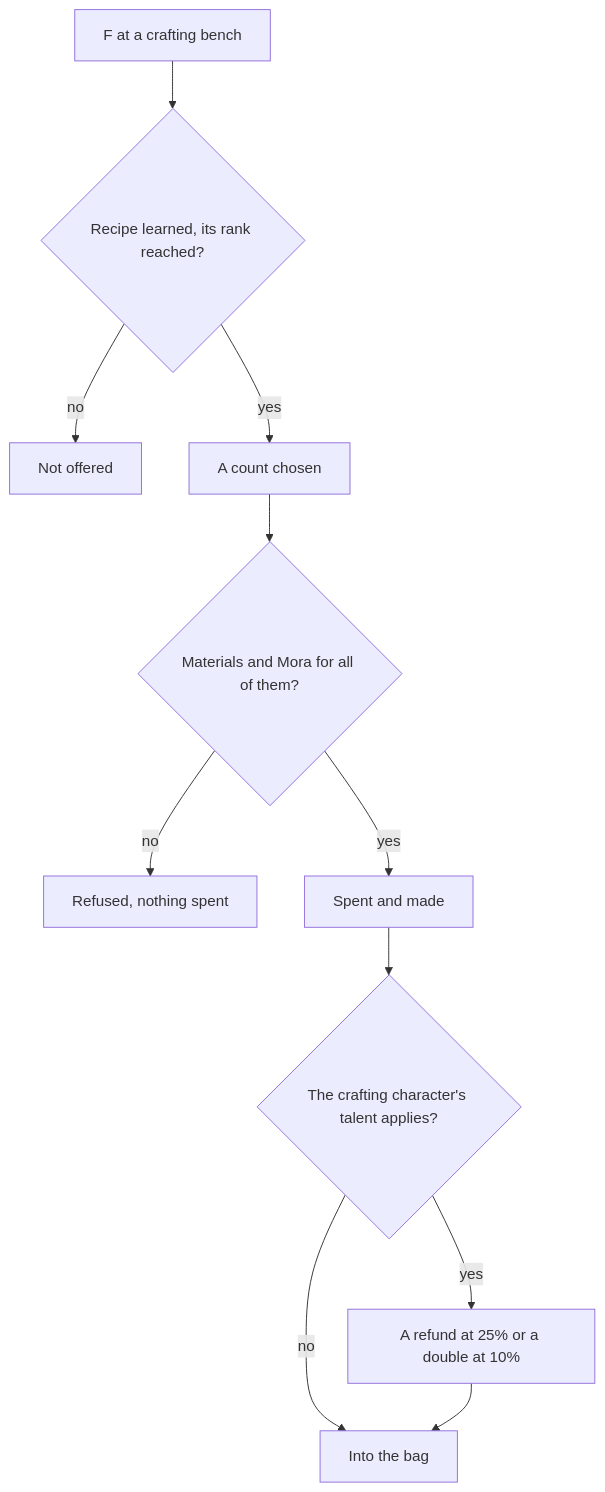
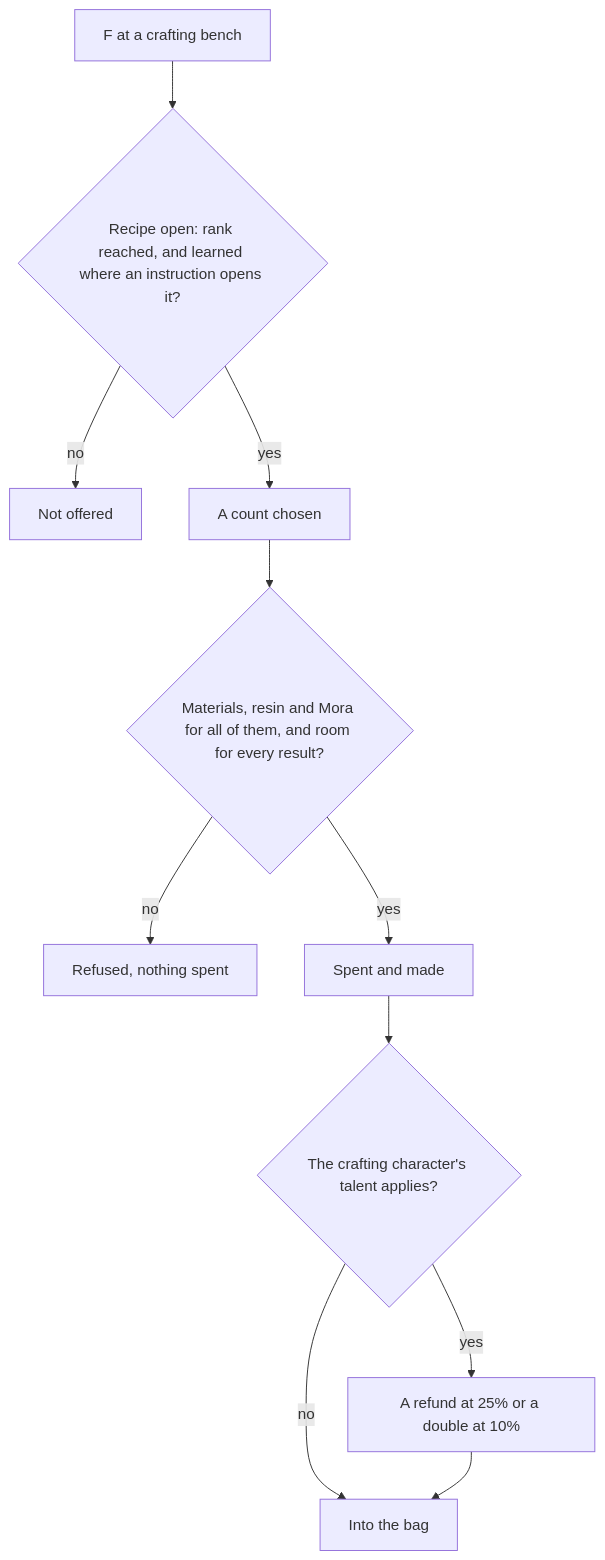
The diagram in apps/web/content/docs/proposals/genshin/crafting.md (Esposter/Esposter), drawn with Mermaid before and after one commit. The commit also changed other lines of this file and 4 other files, not shown here.

First line of the commit message:
docs(genshin): crafting's recipes and rules are built and indexed, its as-built page names the kinds it reads and leaves out, the proposal keeps the bench's place and screen, the gadgets and the talents, and its potions' instructions are revised to the table

````diff
--- a/apps/web/content/docs/proposals/genshin/crafting.md
+++ b/apps/web/content/docs/proposals/genshin/crafting.md
@@ -23,13 +25,13 @@
 ```mermaid
 flowchart TD
-  BENCH["F at a crafting bench"] --> RECIPE{"Recipe learned, its rank reached?"}
+  BENCH["F at a crafting bench"] --> RECIPE{"Recipe open: rank reached, and learned where an instruction opens it?"}
   RECIPE -->|"no"| HIDDEN["Not offered"]
   RECIPE -->|"yes"| COUNT["A count chosen"]
-  COUNT --> PAY{"Materials and Mora for all of them?"}
+  COUNT --> PAY{"Materials, resin and Mora for all of them, and room for every result?"}
   PAY -->|"no"| REFUSE["Refused, nothing spent"]
   PAY -->|"yes"| MAKE["Spent and made"]
   MAKE --> BONUS{"The crafting character's talent applies?"}
   BONUS -->|"yes"| EXTRA["A refund at 25% or a double at 10%"]
   BONUS -->|"no"| DONE["Into the bag"]
   EXTRA --> DONE
 ```
````
